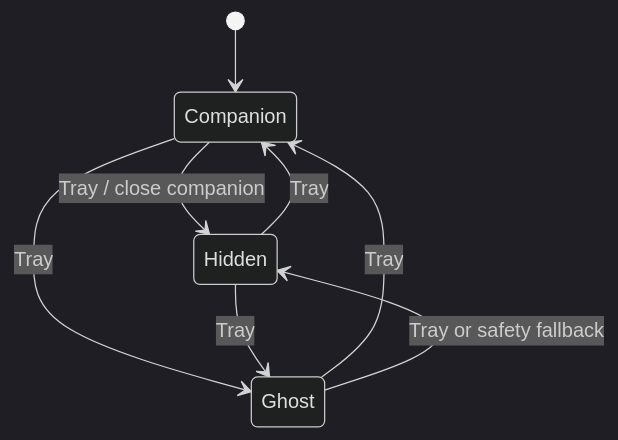
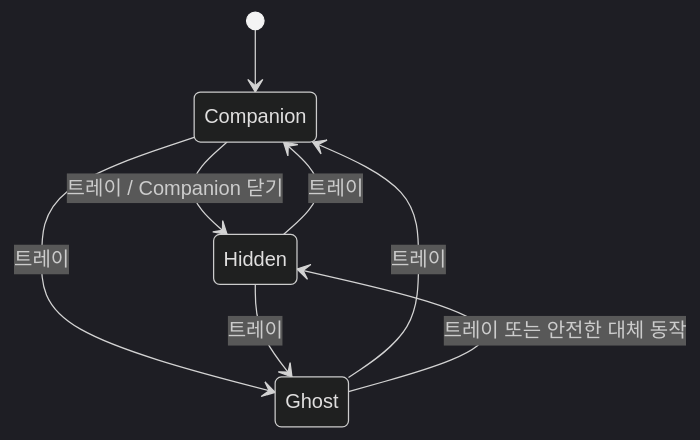
The third of 3 diagrams in docs/design/UX_FLOW.md (Seunghyun0606/desktown), drawn with Mermaid (dark theme) before and after one commit. The commit also changed other lines of this file and 5 other files, not shown here.

````diff
--- a/docs/design/UX_FLOW.md
+++ b/docs/design/UX_FLOW.md
@@ -339,10 +307,10 @@
 ```mermaid
 stateDiagram-v2
     [*] --> Companion
-    Companion --> Hidden: Tray / close companion
-    Companion --> Ghost: Tray
-    Hidden --> Companion: Tray
-    Hidden --> Ghost: Tray
-    Ghost --> Companion: Tray
-    Ghost --> Hidden: Tray or safety fallback
+    Companion --> Hidden: 트레이 / Companion 닫기
+    Companion --> Ghost: 트레이
+    Hidden --> Companion: 트레이
+    Hidden --> Ghost: 트레이
+    Ghost --> Companion: 트레이
+    Ghost --> Hidden: 트레이 또는 안전한 대체 동작
 ```
````
